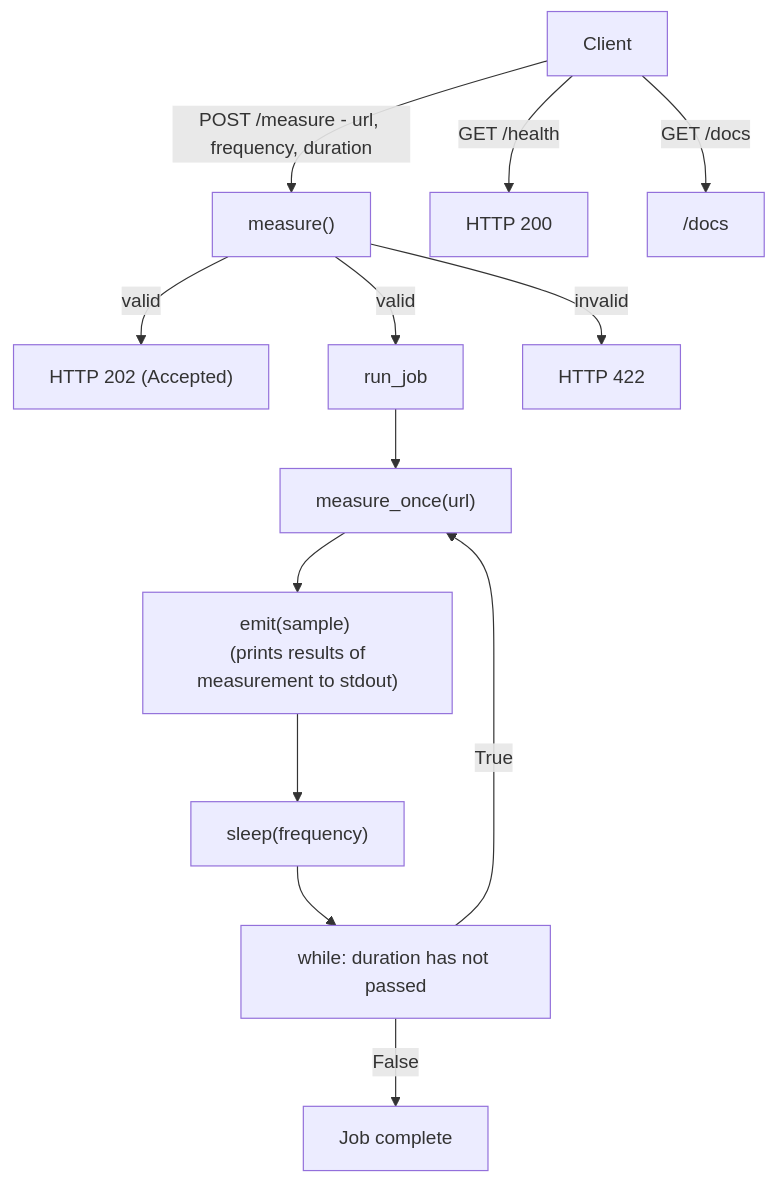
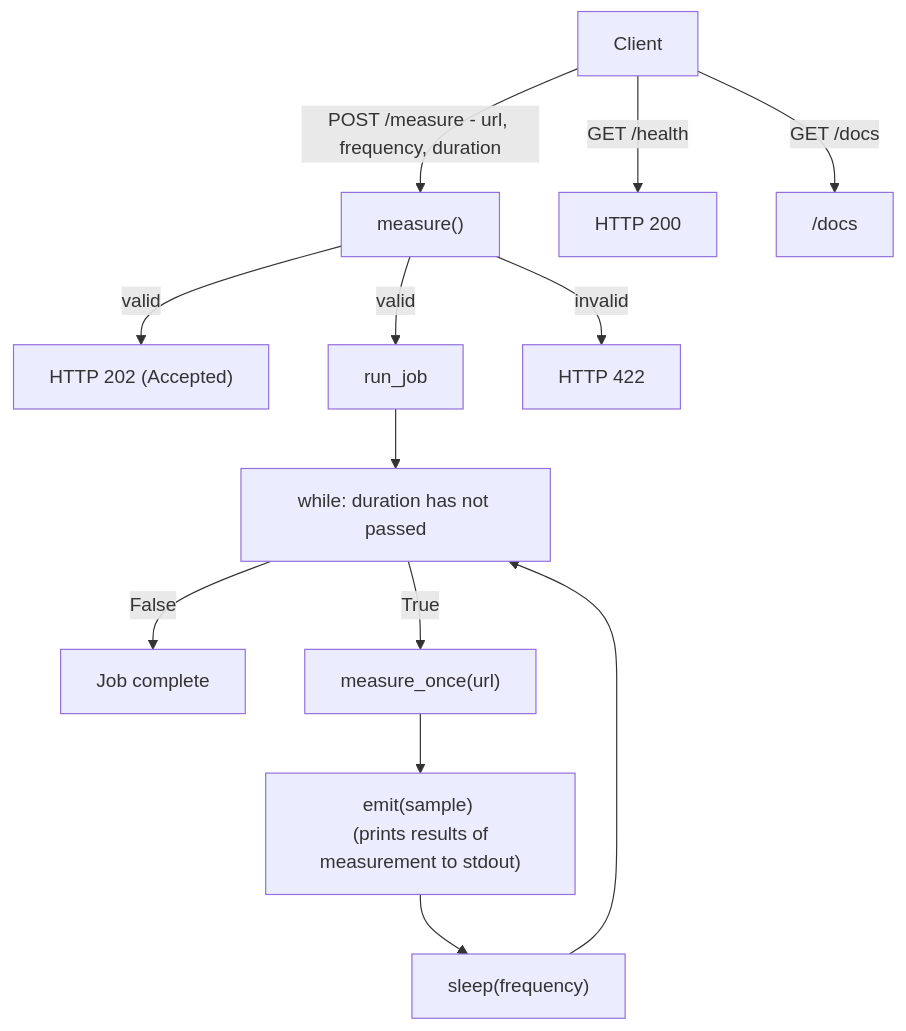
Before and after one commit to EladPress/codesec-assignment: the diagram in docs/flow.md, drawn with Mermaid. The commit also changed other lines of this file and 1 other file, not shown here.

Commit message:
more accurately described the While Loop

````diff
--- a/docs/flow.md
+++ b/docs/flow.md
@@ -1,23 +3,21 @@
 ```mermaid
 flowchart TD
     A[Client] 
     A -->|POST /measure - url, frequency, duration | B
     B["measure()"]
         B --> | valid | E & G
             E["HTTP 202 (Accepted)"]
             G["run_job"] --> H
-            H["measure_once(url)"] --> I
-                I["emit(sample) \n (prints results of measurement to stdout)"] --> J
-                    J["sleep(frequency)"] --> K
-                        K[while: duration has not passed]
-                        K --> | True | H
-                        K --> | False | L
-                            L["Job complete"]
+            H[while: duration has not passed] --> | False | L["Job complete"]
+            H --> | True | I
+            I["measure_once(url)"] --> J
+                J["emit(sample) \n (prints results of measurement to stdout)"] --> K
+                    K["sleep(frequency)"] --> H
 
         B --> | invalid | F["HTTP 422"]
 
     A -->|GET /health | C
         C["HTTP 200"]
 
     A --> | GET /docs | D["/docs"]
 ```
````
